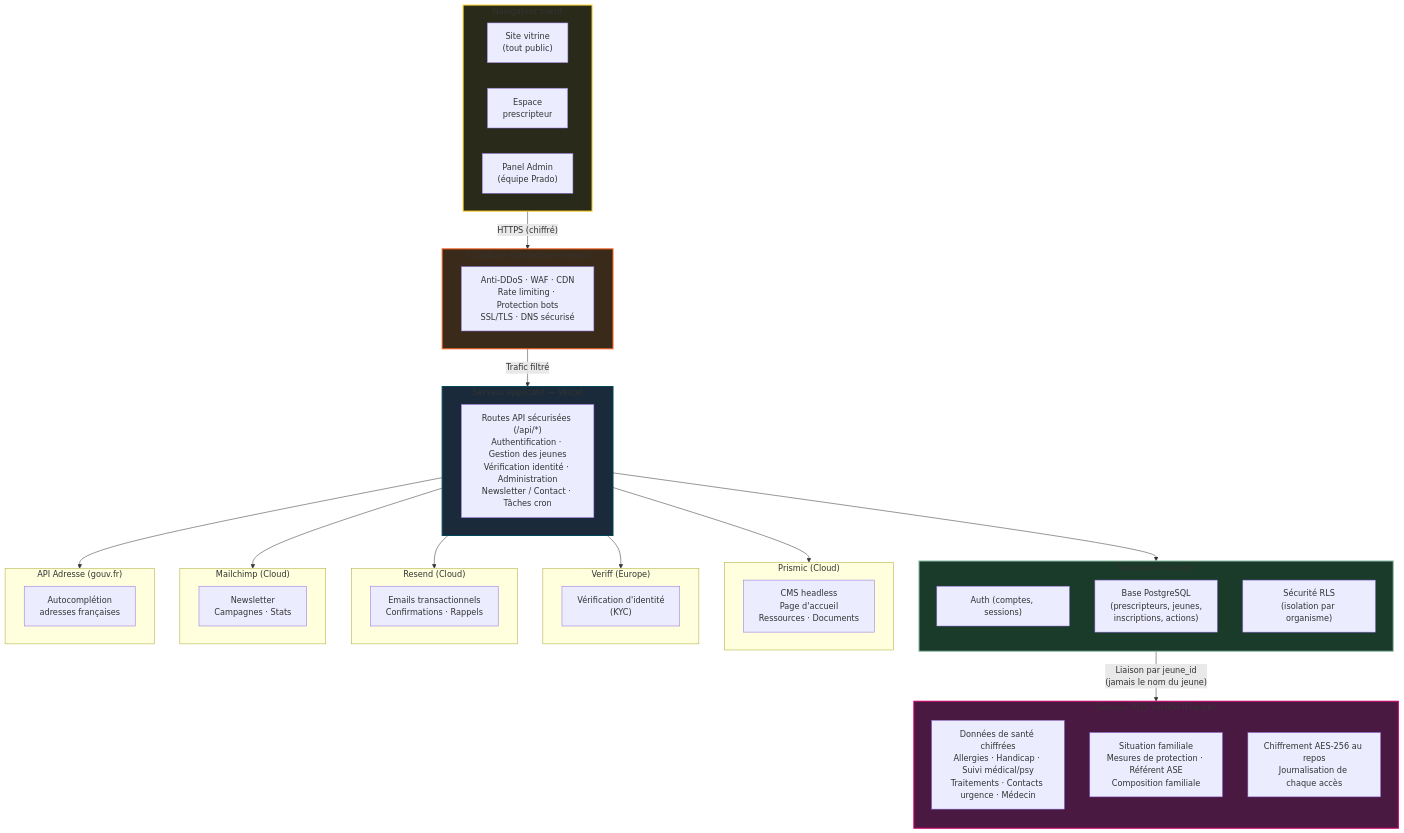
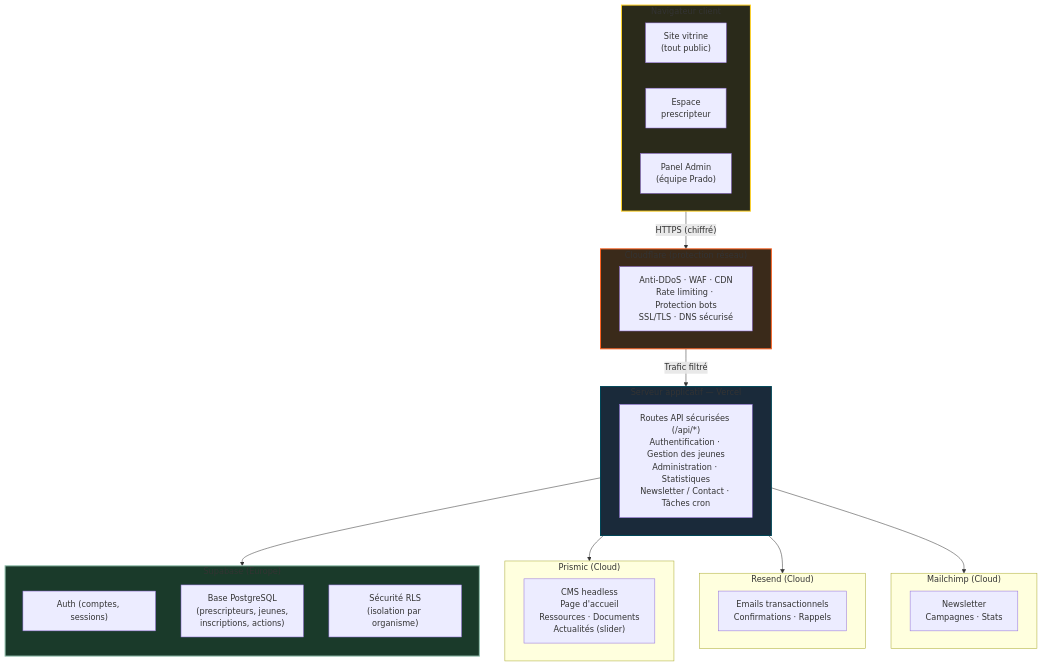
The fifth of 10 diagrams in docs/cahier-des-charges-prado-itineraires.md (Theodore-R/prado-nuxt), drawn with Mermaid before and after one commit. The commit also changed other lines of this file and 45 other files, not shown here.

````diff
--- a/docs/cahier-des-charges-prado-itineraires.md
+++ b/docs/cahier-des-charges-prado-itineraires.md
@@ -571,70 +563,50 @@
 ```mermaid
 graph TB
     subgraph CLIENT["Navigateur client"]
         direction LR
         V["Site vitrine<br/>(tout public)"]
         E["Espace<br/>prescripteur"]
         A["Panel Admin<br/>(équipe Prado)"]
     end
 
     CLIENT -->|"HTTPS (chiffré)"| CLOUDFLARE
 
     subgraph CLOUDFLARE["Cloudflare (protection réseau)"]
         CF1["Anti-DDoS · WAF · CDN<br/>Rate limiting · Protection bots<br/>SSL/TLS · DNS sécurisé"]
     end
 
     CLOUDFLARE -->|"Trafic filtré"| VERCEL
 
     subgraph VERCEL["Serveur applicatif — Vercel"]
-        API["Routes API sécurisées (/api/*)<br/>Authentification · Gestion des jeunes<br/>Vérification identité · Administration<br/>Newsletter / Contact · Tâches cron"]
+        API["Routes API sécurisées (/api/*)<br/>Authentification · Gestion des jeunes<br/>Administration · Statistiques<br/>Newsletter / Contact · Tâches cron"]
     end
 
     VERCEL --> SUPABASE
     VERCEL --> PRISMIC
-    VERCEL --> VERIFF
     VERCEL --> RESEND
     VERCEL --> MAILCHIMP
-    VERCEL --> APIADRESSE
 
     subgraph SUPABASE["Supabase (Europe)"]
         direction TB
         SB1["Auth (comptes, sessions)"]
         SB2["Base PostgreSQL<br/>(prescripteurs, jeunes,<br/>inscriptions, actions)"]
         SB3["Sécurité RLS<br/>(isolation par organisme)"]
     end
 
     subgraph PRISMIC["Prismic (Cloud)"]
-        PR1["CMS headless<br/>Page d'accueil<br/>Ressources · Documents"]
-    end
-
-    subgraph VERIFF["Veriff (Europe)"]
-        VF1["Vérification d'identité<br/>(KYC)"]
+        PR1["CMS headless<br/>Page d'accueil<br/>Ressources · Documents<br/>Actualités (slider)"]
     end
 
     subgraph RESEND["Resend (Cloud)"]
         RS1["Emails transactionnels<br/>Confirmations · Rappels"]
     end
 
     subgraph MAILCHIMP["Mailchimp (Cloud)"]
         MC1["Newsletter<br/>Campagnes · Stats"]
     end
 
-    subgraph APIADRESSE["API Adresse (gouv.fr)"]
-        AD1["Autocomplétion<br/>adresses françaises"]
-    end
-
-    SUPABASE -->|"Liaison par jeune_id<br/>(jamais le nom du jeune)"| HDS
-
-    subgraph HDS["Serveur HDS certifié (France)"]
-        direction TB
-        HD1["Données de santé chiffrées<br/>Allergies · Handicap · Suivi médical/psy<br/>Traitements · Contacts urgence · Médecin"]
-        HD2["Situation familiale<br/>Mesures de protection · Référent ASE<br/>Composition familiale"]
-        HD3["Chiffrement AES-256 au repos<br/>Journalisation de chaque accès"]
-    end
-
-    style HDS fill:#4a1942,stroke:#CF006C,stroke-width:2px
     style SUPABASE fill:#1a3a2a,stroke:#93C1AF,stroke-width:2px
     style VERCEL fill:#1a2a3a,stroke:#004657,stroke-width:2px
     style CLIENT fill:#2a2a1a,stroke:#FFD228,stroke-width:2px
     style CLOUDFLARE fill:#3a2a1a,stroke:#FB6223,stroke-width:2px
 ```
````
